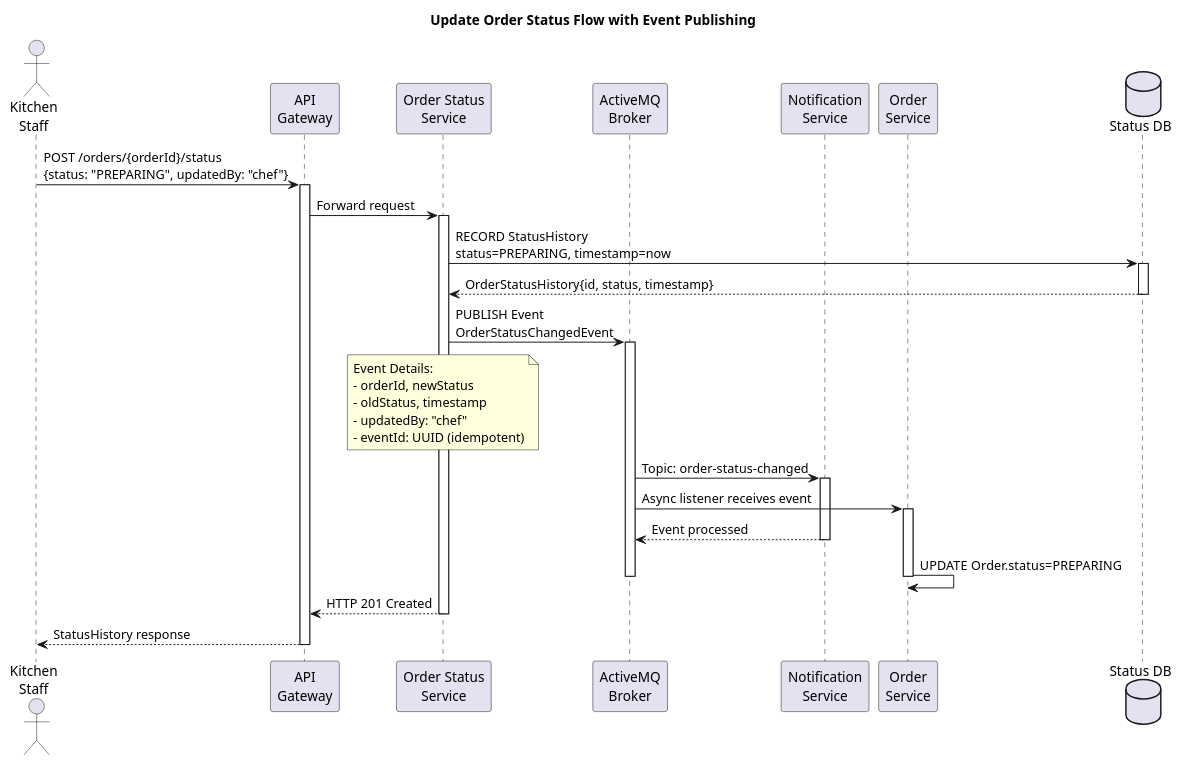
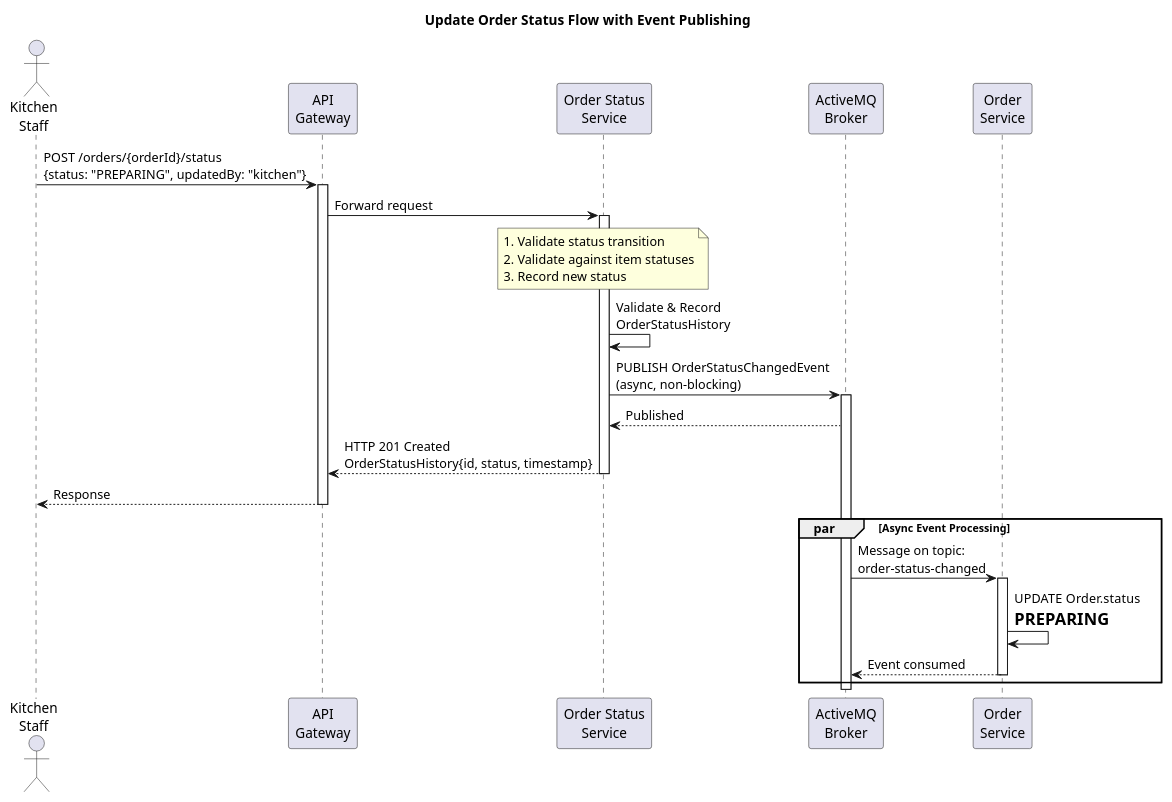
Before and after one commit to StanislavLevendeev/orderup-docs: the diagram in 03-update-order-status.puml, drawn with PlantUML. The commit also changed 2 other files, not shown here.

Commit message:
Refactor order creation and payment process diagrams: update actor names, enhance order status handling, and improve payment validation and event publishing flow

```diff
--- a/03-update-order-status.puml
+++ b/03-update-order-status.puml
@@ -1,49 +1,57 @@
 @startuml UpdateOrderStatus
 title Update Order Status Flow with Event Publishing
 
 actor "Kitchen\nStaff" as Staff
 participant "API\nGateway" as Gateway
 participant "Order Status\nService" as OSS
 participant "ActiveMQ\nBroker" as Queue
-participant "Notification\nService" as NS
 participant "Order\nService" as OS
-database "Status DB" as DB
 
-Staff -> Gateway: POST /orders/{orderId}/status\n{status: "PREPARING", updatedBy: "chef"}
+Staff -> Gateway: POST /orders/{orderId}/status\n{status: "PREPARING", updatedBy: "kitchen"}
 activate Gateway
 Gateway -> OSS: Forward request
 activate OSS
 
-OSS -> DB: RECORD StatusHistory\nstatus=PREPARING, timestamp=now
-activate DB
-DB --> OSS: OrderStatusHistory{id, status, timestamp}
-deactivate DB
-
-OSS -> Queue: PUBLISH Event\nOrderStatusChangedEvent
-activate Queue
-
 note over OSS
-  Event Details:
-  - orderId, newStatus
-  - oldStatus, timestamp
-  - updatedBy: "chef"
-  - eventId: UUID (idempotent)
+  1. Validate status transition
+  2. Validate against item statuses
+  3. Record new status
 end note
 
-Queue -> NS: Topic: order-status-changed
-activate NS
-Queue -> OS: Async listener receives event
-activate OS
+OSS -> OSS: Validate & Record\nOrderStatusHistory
 
-NS --> Queue: Event processed
-deactivate NS
+OSS -> Queue: PUBLISH OrderStatusChangedEvent\n(async, non-blocking)
+activate Queue
+Queue --> OSS: Published
 
-OS -> OS: UPDATE Order.status=PREPARING
-deactivate OS
+OSS --> Gateway: HTTP 201 Created\nOrderStatusHistory{id, status, timestamp}
+deactivate OSS
+Gateway --> Staff: Response
+deactivate Gateway
+
+par Async Event Processing
+  Queue -> OS: Message on topic:\norder-status-changed
+  activate OS
+  
+  ' note over OS
+  '   Event contains:
+  '   - orderId
+  '   - newStatus
+  '   - oldStatus
+  '   - eventId (idempotent)
+  '   - timestamp
+  ' end note
+  
+  OS -> OS: UPDATE Order.status\n= PREPARING
+  OS --> Queue: Event consumed
+  deactivate OS
+end
+
 deactivate Queue
 
-OSS --> Gateway: HTTP 201 Created
-deactivate OSS
-Gateway --> Staff: StatusHistory response
-deactivate Gateway
+' note over OSS, OS
+'   If item status changes:
+'   OrderItemStatusChangedEvent\npublished to order-item-status-changed topic
+'   Order Service updates item status\n& recalculates totalPrice
+' end note
 @enduml
```
